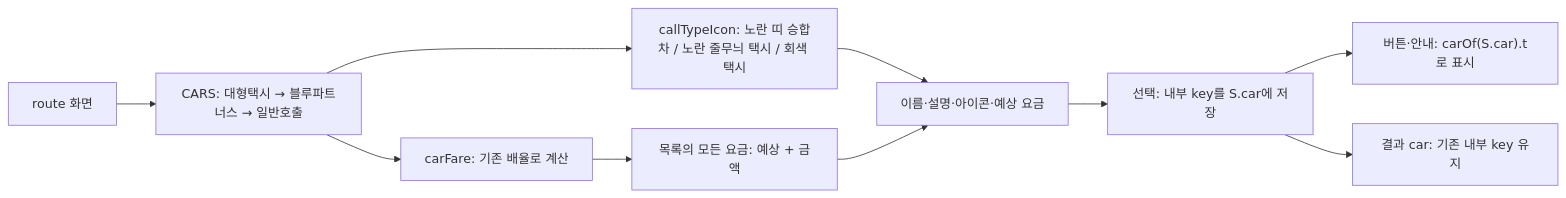
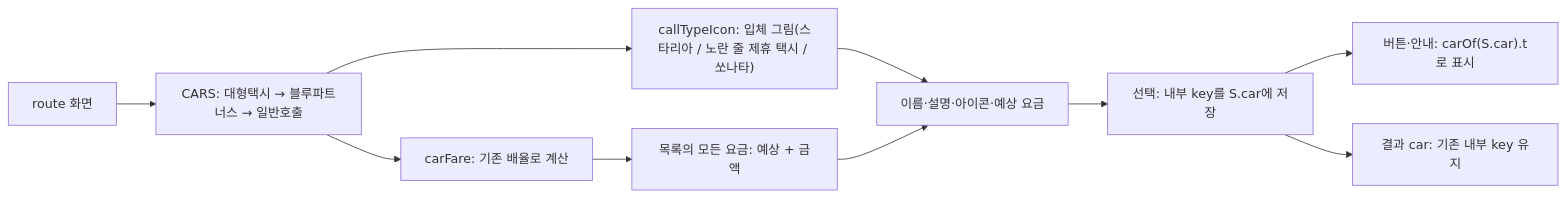
One commit to PLAUROS/kimhyoeun-redesign changed the third of 6 diagrams in PIPELINE.md. Above: the diagram before and after it, drawn with Mermaid.

Commit message:
docs: describe the 3D call-type icons in PIPELINE.md

````diff
--- a/PIPELINE.md
+++ b/PIPELINE.md
@@ -78,12 +78,12 @@
 ```mermaid
 flowchart LR
   R["route 화면"] --> C["CARS: 대형택시 → 블루파트너스 → 일반호출"]
-  C --> I["callTypeIcon: 노란 띠 승합차 / 노란 줄무늬 택시 / 회색 택시"]
+  C --> I["callTypeIcon: 입체 그림(스타리아 / 노란 줄 제휴 택시 / 쏘나타)"]
   C --> F["carFare: 기존 배율로 계산"]
   F --> T["목록의 모든 요금: 예상 + 금액"]
   I --> UI["이름·설명·아이콘·예상 요금"]
   T --> UI
   UI --> Pick["선택: 내부 key를 S.car에 저장"]
   Pick --> Label["버튼·안내: carOf(S.car).t로 표시"]
   Pick --> Report["결과 car: 기존 내부 key 유지"]
 ```
````
